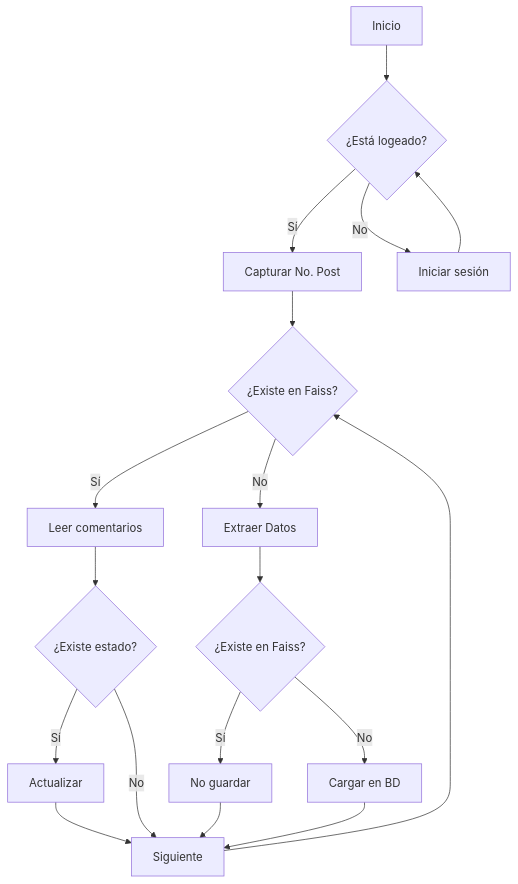
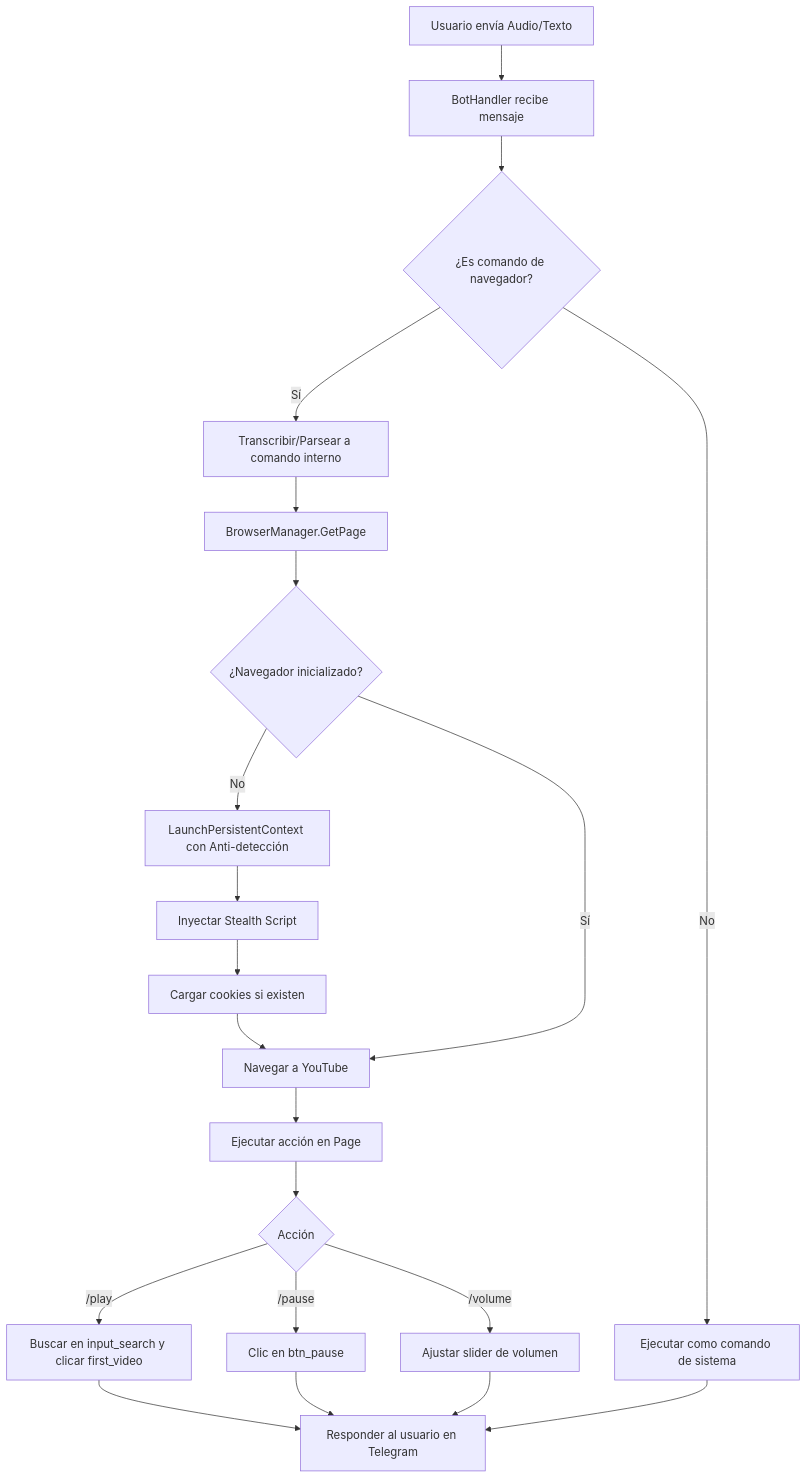
One commit to MartinCiro/indeed_scrapper changed the second of 3 diagrams in README.md. Above: the diagram before and after it, drawn with Mermaid. The commit also changed other lines of this file, not shown here.

````diff
--- a/README.md
+++ b/README.md
@@ -107,20 +160,26 @@
 ```mermaid
 graph TD
-    A[Inicio] --> C{¿Está logeado?}
-    C -->|Sí| D[Capturar No. Post]
-    C -->|No| E[Iniciar sesión]
-    E --> C
-    D --> F{¿Existe en Faiss?}
-    F -->|Sí| G[Leer comentarios]
-    G --> I{¿Existe estado?}
-    I -->|Sí| J[Actualizar]
-    J --> K[Siguiente]
-    I -->|No| K
-    K --> F
-    F -->|No| H[Extraer Datos]
-    H --> Ha{¿Existe en Faiss?}
-    Ha -->|Sí| Hb[No guardar]
-    Hb --> K
-    Ha -->|No| Hc[Cargar en BD]
-    Hc --> K
+    A[Usuario envía Audio/Texto] --> B[BotHandler recibe mensaje]
+    B --> C{¿Es comando de navegador?}
+    C -->|No| D[Ejecutar como comando de sistema]
+    C -->|Sí| E[Transcribir/Parsear a comando interno]
+    
+    E --> F[BrowserManager.GetPage]
+    F --> G{¿Navegador inicializado?}
+    G -->|No| H[LaunchPersistentContext con Anti-detección]
+    H --> I[Inyectar Stealth Script]
+    I --> J[Cargar cookies si existen]
+    J --> K[Navegar a YouTube]
+    G -->|Sí| K
+    
+    K --> L[Ejecutar acción en Page]
+    L --> M{Acción}
+    M -->|/play| N[Buscar en input_search y clicar first_video]
+    M -->|/pause| O[Clic en btn_pause]
+    M -->|/volume| P[Ajustar slider de volumen]
+    
+    N --> Q[Responder al usuario en Telegram]
+    O --> Q
+    P --> Q
+    D --> Q
 ```
````
